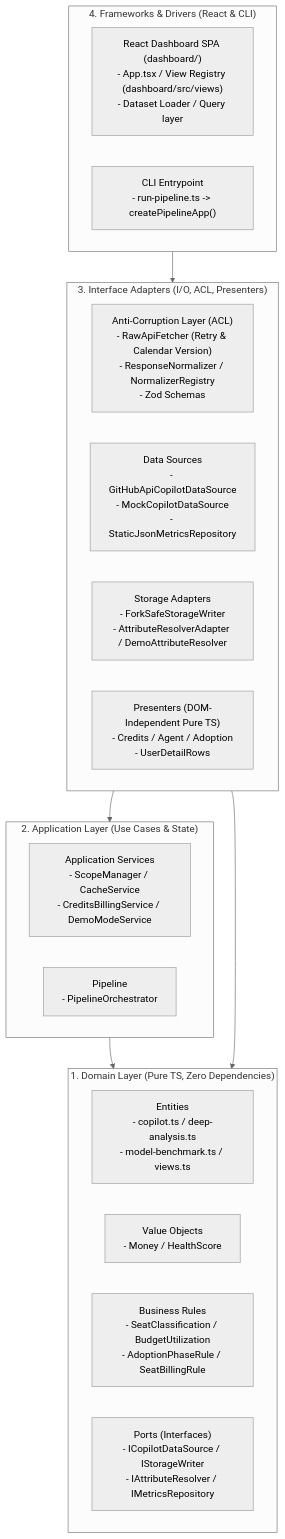
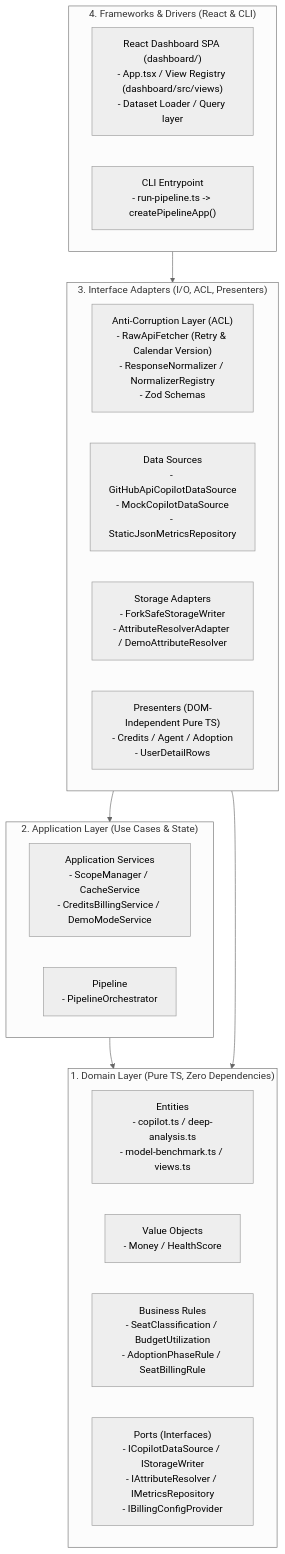
The second of 2 diagrams in docs/specifications/02_system_architecture.md (sun-flat-yamada/github-copilot-dashboard), drawn with Mermaid (neutral theme) before and after one commit. The commit also changed other lines of this file and 3 other files, not shown here.

````diff
--- a/docs/specifications/02_system_architecture.md
+++ b/docs/specifications/02_system_architecture.md
@@ -162,31 +162,31 @@
 ```mermaid
 flowchart TD
     subgraph Domain["1. Domain Layer (Pure TS, Zero Dependencies)"]
         Entities["Entities\n- copilot.ts / deep-analysis.ts\n- model-benchmark.ts / views.ts"]
         VO["Value Objects\n- Money / HealthScore"]
         Rules["Business Rules\n- SeatClassification / BudgetUtilization\n- AdoptionPhaseRule / SeatBillingRule"]
-        Ports["Ports (Interfaces)\n- ICopilotDataSource / IStorageWriter\n- IAttributeResolver / IMetricsRepository"]
+        Ports["Ports (Interfaces)\n- ICopilotDataSource / IStorageWriter\n- IAttributeResolver / IMetricsRepository\n- IBillingConfigProvider"]
     end
 
     subgraph Application["2. Application Layer (Use Cases & State)"]
         Services["Application Services\n- ScopeManager / CacheService\n- CreditsBillingService / DemoModeService"]
         Pipeline["Pipeline\n- PipelineOrchestrator"]
     end
 
     subgraph Adapters["3. Interface Adapters (I/O, ACL, Presenters)"]
         ACL["Anti-Corruption Layer (ACL)\n- RawApiFetcher (Retry & Calendar Version)\n- ResponseNormalizer / NormalizerRegistry\n- Zod Schemas"]
         DataSources["Data Sources\n- GitHubApiCopilotDataSource\n- MockCopilotDataSource\n- StaticJsonMetricsRepository"]
         StorageAdapters["Storage Adapters\n- ForkSafeStorageWriter\n- AttributeResolverAdapter / DemoAttributeResolver"]
         Presenters["Presenters (DOM-Independent Pure TS)\n- Credits / Agent / Adoption\n- UserDetailRows"]
     end
 
     subgraph Frameworks["4. Frameworks & Drivers (React & CLI)"]
         ReactUI["React Dashboard SPA (dashboard/)\n- App.tsx / View Registry (dashboard/src/views)\n- Dataset Loader / Query layer"]
         CLI["CLI Entrypoint\n- run-pipeline.ts -> createPipelineApp()"]
     end
 
     Frameworks --> Adapters
     Adapters --> Application
     Application --> Domain
     Adapters --> Domain
 ```
````
